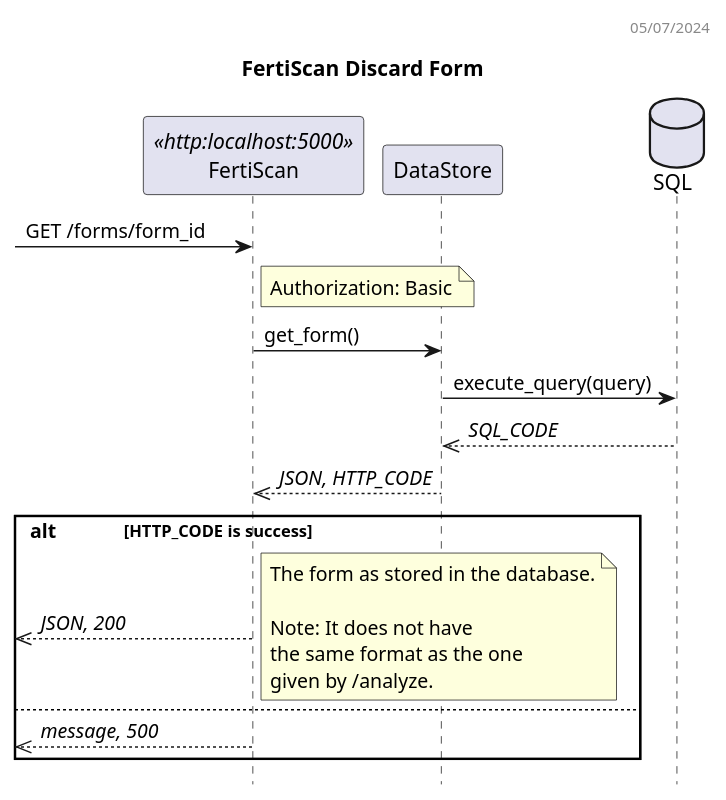
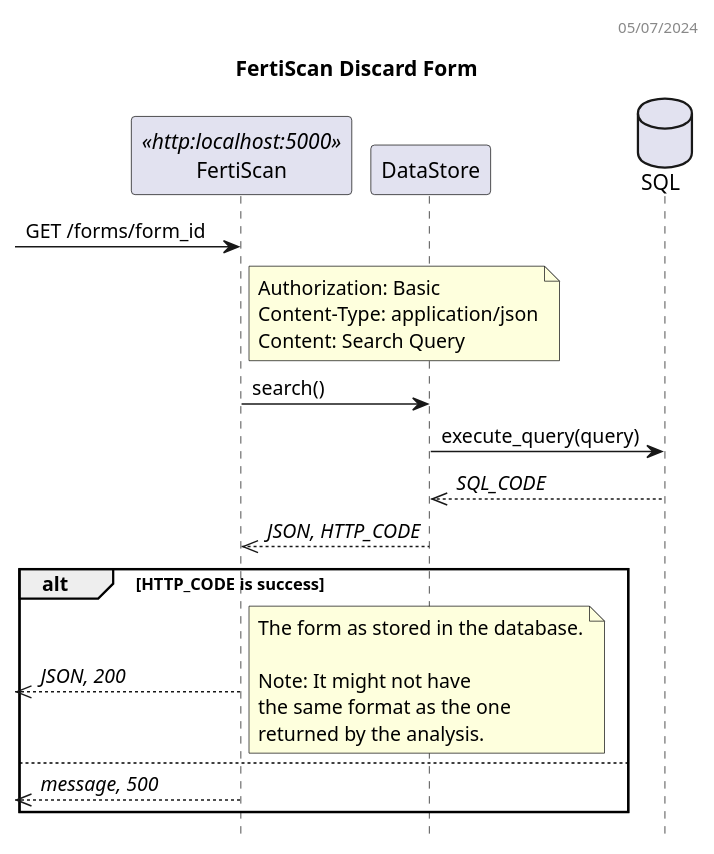
The diagram in docs/plantuml/get_form_dss.puml (ai-cfia/fertiscan-backend), drawn with PlantUML before and after one commit. The commit also changed 6 other files, not shown here.

Commit message:
doc: update diagrams

```diff
--- a/docs/plantuml/get_form_dss.puml
+++ b/docs/plantuml/get_form_dss.puml
@@ -1,33 +1,35 @@
 @startuml FertiScan Sequence Diagram
 header 05/07/2024
 
 title FertiScan Discard Form
 hide empty members
 hide footbox
 
 participant FertiScan as BE <<http:localhost:5000>>
 participant DataStore as DS
 database SQL as DB
 
 -> BE: GET /forms/form_id
 note right BE
   Authorization: Basic
+  Content-Type: application/json
+  Content: Search Query
 end note
-BE -> DS: get_form() 
+BE -> DS: search() 
 DS -> DB: execute_query(query)
 DS <<-- DB: //SQL_CODE//
 BE <<-- DS: //JSON, HTTP_CODE//
 alt HTTP_CODE is success
   <<-- BE: //JSON, 200//
   note right
     The form as stored in the database.
 
-    Note: It does not have
+    Note: It might not have
     the same format as the one
-    given by /analyze.
+    returned by the analysis.
   end note
 else
   <<-- BE: //message, 500//
 end
 
 @enduml
```
